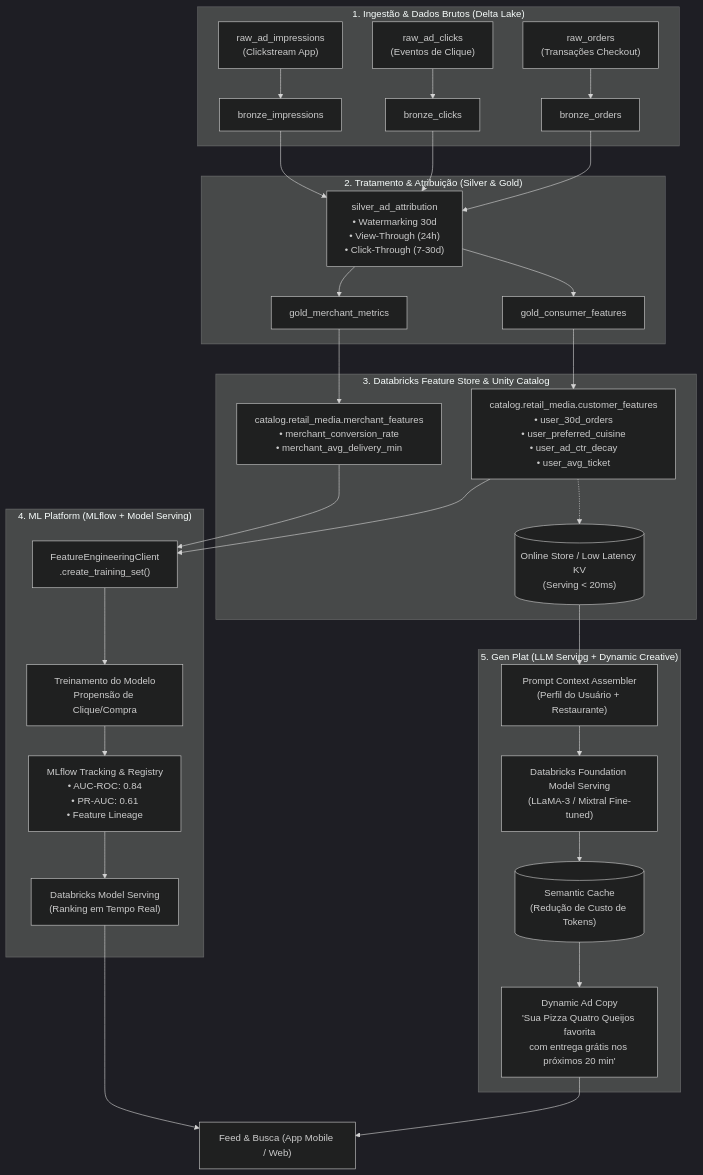
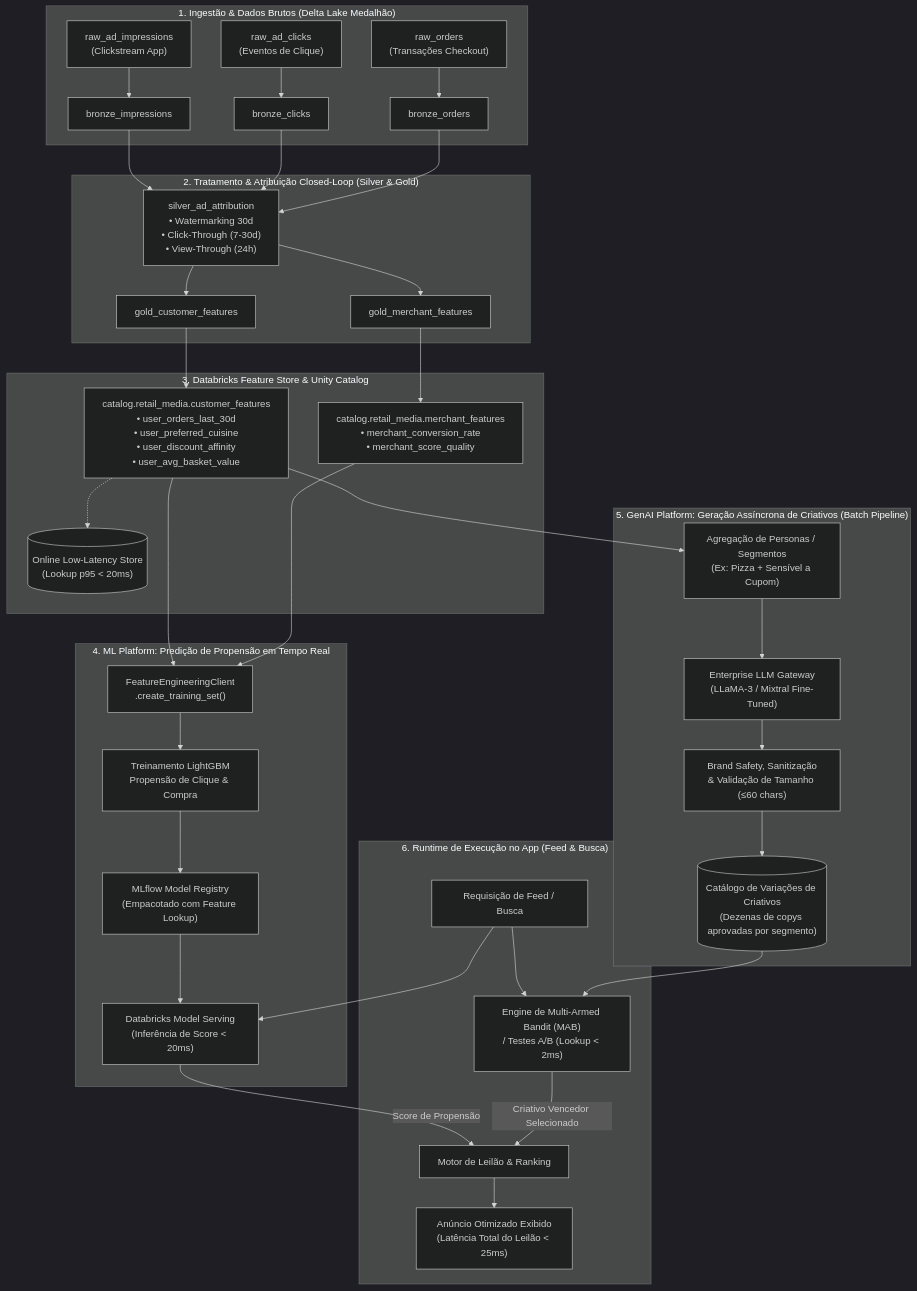
Before and after one commit to britneyscripts/case_retail_media_mlops: the second of 2 diagrams in docs/case_retail_media_mlops.md, drawn with Mermaid (dark theme). The commit also changed other lines of this file and 2 other files, not shown here.

````diff
--- a/docs/case_retail_media_mlops.md
+++ b/docs/case_retail_media_mlops.md
@@ -78,37 +99,43 @@
 ```mermaid
 flowchart TD
-    subgraph Ingestion["1. Ingestão & Dados Brutos (Delta Lake)"]
+    subgraph Ingestion["1. Ingestão & Dados Brutos (Delta Lake Medalhão)"]
         RawImp["raw_ad_impressions<br>(Clickstream App)"] --> BronzeImp["bronze_impressions"]
         RawClick["raw_ad_clicks<br>(Eventos de Clique)"] --> BronzeClick["bronze_clicks"]
         RawOrder["raw_orders<br>(Transações Checkout)"] --> BronzeOrder["bronze_orders"]
     end
 
-    subgraph Medallion["2. Tratamento & Atribuição (Silver & Gold)"]
-        BronzeImp & BronzeClick & BronzeOrder --> SilverJoin["silver_ad_attribution<br>• Watermarking 30d<br>• View-Through (24h)<br>• Click-Through (7-30d)"]
-        SilverJoin --> GoldUser["gold_consumer_features"]
-        SilverJoin --> GoldMerchant["gold_merchant_metrics"]
+    subgraph Medallion["2. Tratamento & Atribuição Closed-Loop (Silver & Gold)"]
+        BronzeImp & BronzeClick & BronzeOrder --> SilverJoin["silver_ad_attribution<br>• Watermarking 30d<br>• Click-Through (7-30d)<br>• View-Through (24h)"]
+        SilverJoin --> GoldUser["gold_customer_features"]
+        SilverJoin --> GoldMerchant["gold_merchant_features"]
     end
 
     subgraph FeatureStore["3. Databricks Feature Store & Unity Catalog"]
-        GoldUser --> UC_Table["catalog.retail_media.customer_features<br>• user_30d_orders<br>• user_preferred_cuisine<br>• user_ad_ctr_decay<br>• user_avg_ticket"]
-        GoldMerchant --> UC_Merch["catalog.retail_media.merchant_features<br>• merchant_conversion_rate<br>• merchant_avg_delivery_min"]
-        UC_Table -.-> OnlineStore[("Online Store / Low Latency KV<br>(Serving < 20ms)")]
+        GoldUser --> UC_Table["catalog.retail_media.customer_features<br>• user_orders_last_30d<br>• user_preferred_cuisine<br>• user_discount_affinity<br>• user_avg_basket_value"]
+        GoldMerchant --> UC_Merch["catalog.retail_media.merchant_features<br>• merchant_conversion_rate<br>• merchant_score_quality"]
+        UC_Table -.-> OnlineStore[("Online Low-Latency Store<br>(Lookup p95 < 20ms)")]
     end
 
-    subgraph MLPlatform["4. ML Platform (MLflow + Model Serving)"]
+    subgraph MLPlatform["4. ML Platform: Predição de Propensão em Tempo Real"]
         UC_Table & UC_Merch --> TrainSet["FeatureEngineeringClient<br>.create_training_set()"]
-        TrainSet --> LightGBM["Treinamento do Modelo<br>Propensão de Clique/Compra"]
-        LightGBM --> MLflow["MLflow Tracking & Registry<br>• AUC-ROC: 0.84<br>• PR-AUC: 0.61<br>• Feature Lineage"]
-        MLflow --> ModelServing["Databricks Model Serving<br>(Ranking em Tempo Real)"]
+        TrainSet --> LightGBM["Treinamento LightGBM<br>Propensão de Clique & Compra"]
+        LightGBM --> MLflow["MLflow Model Registry<br>(Empacotado com Feature Lookup)"]
+        MLflow --> ModelServing["Databricks Model Serving<br>(Inferência de Score < 20ms)"]
     end
 
-    subgraph GenPlat["5. Gen Plat (LLM Serving + Dynamic Creative)"]
-        OnlineStore --> PromptBuilder["Prompt Context Assembler<br>(Perfil do Usuário + Restaurante)"]
-        PromptBuilder --> FoundationModel["Databricks Foundation Model Serving<br>(LLaMA-3 / Mixtral Fine-tuned)"]
-        FoundationModel --> SemanticCache[("Semantic Cache<br>(Redução de Custo de Tokens)")]
-        SemanticCache --> DynamicCreative["Dynamic Ad Copy<br>'Sua Pizza Quatro Queijos favorita<br>com entrega grátis nos próximos 20 min'"]
+    subgraph GenAIPlatform["5. GenAI Platform: Geração Assíncrona de Criativos (Batch Pipeline)"]
+        UC_Table --> PersonaAgg["Agregação de Personas / Segmentos<br>(Ex: Pizza + Sensível a Cupom)"]
+        PersonaAgg --> LLMGateway["Enterprise LLM Gateway<br>(LLaMA-3 / Mixtral Fine-Tuned)"]
+        LLMGateway --> Guardrails["Brand Safety, Sanitização<br>& Validação de Tamanho (≤60 chars)"]
+        Guardrails --> AdCatalog[("Catálogo de Variações de Criativos<br>(Dezenas de copys aprovadas por segmento)")]
     end
 
-    ModelServing --> AppInterface["Feed & Busca (App Mobile / Web)"]
-    DynamicCreative --> AppInterface
+    subgraph RuntimeEngine["6. Runtime de Execução no App (Feed & Busca)"]
+        AppReq["Requisição de Feed / Busca"] --> ModelServing
+        AppReq --> MABEngine["Engine de Multi-Armed Bandit (MAB)<br>/ Testes A/B (Lookup < 2ms)"]
+        AdCatalog --> MABEngine
+        ModelServing -- "Score de Propensão" --> Auctioneer["Motor de Leilão & Ranking"]
+        MABEngine -- "Criativo Vencedor Selecionado" --> Auctioneer
+        Auctioneer --> RenderAd["Anúncio Otimizado Exibido<br>(Latência Total do Leilão < 25ms)"]
+    end
 ```
````
